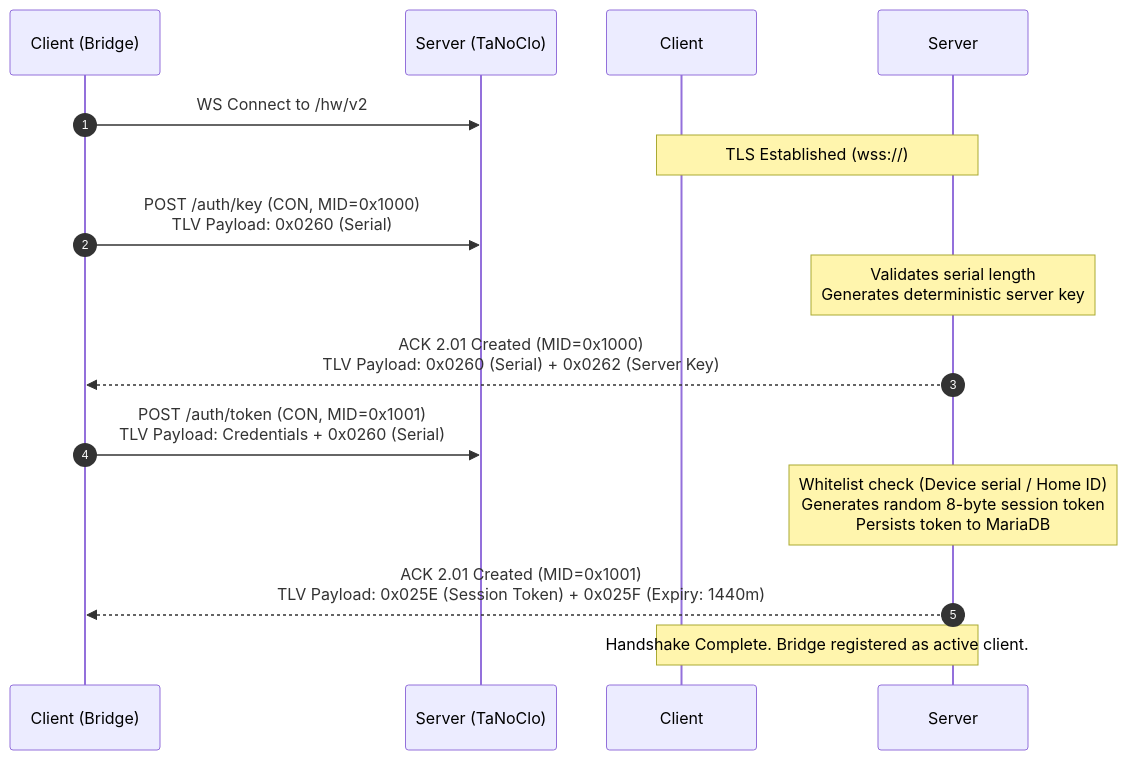
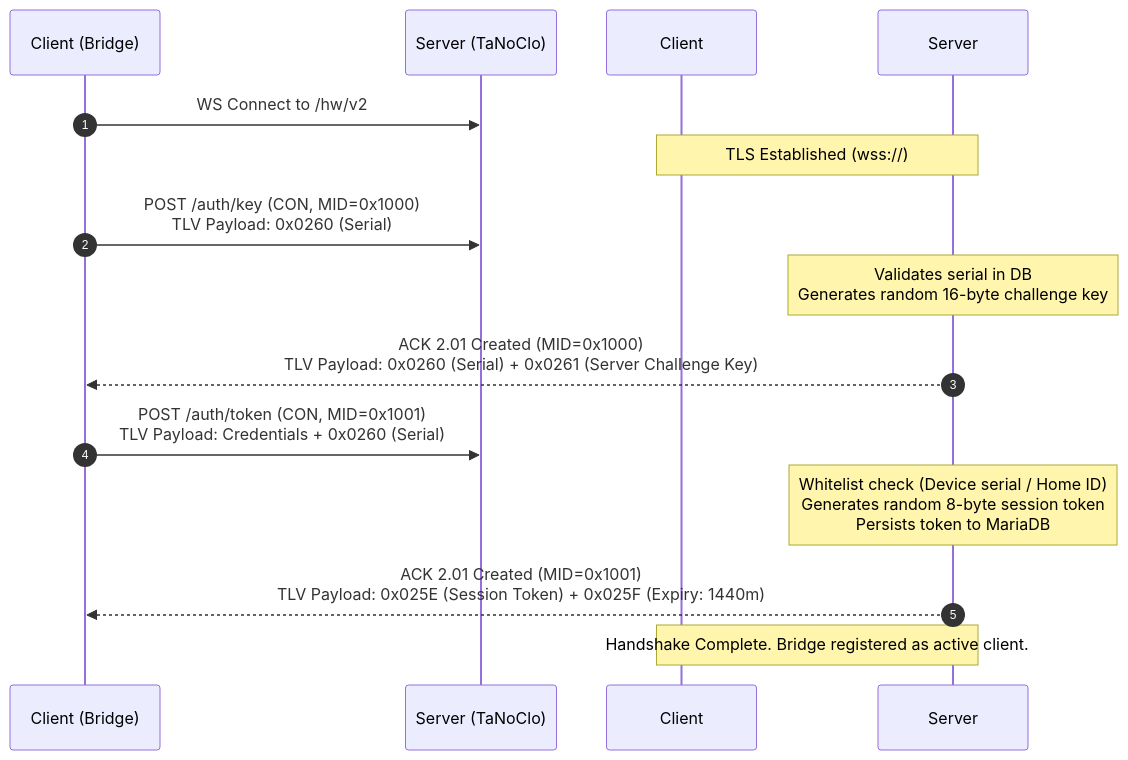
Before and after one commit to tanoclo/tanoclo: the first of 2 diagrams in docs/websocket.md, drawn with Mermaid. The commit also changed other lines of this file and 18 other files, not shown here.

````diff
--- a/docs/websocket.md
+++ b/docs/websocket.md
@@ -55,16 +50,16 @@
 ```mermaid
 sequenceDiagram
     autonumber
     Client (Bridge)->>Server (TaNoClo): WS Connect to /hw/v2
     Note over Client,Server: TLS Established (wss://)
     
     Client (Bridge)->>Server (TaNoClo): POST /auth/key (CON, MID=0x1000)<br/>TLV Payload: 0x0260 (Serial)
-    Note over Server: Validates serial length<br/>Generates deterministic server key
-    Server-->>Client (Bridge): ACK 2.01 Created (MID=0x1000)<br/>TLV Payload: 0x0260 (Serial) + 0x0262 (Server Key)
+    Note over Server: Validates serial in DB<br/>Generates random 16-byte challenge key
+    Server-->>Client (Bridge): ACK 2.01 Created (MID=0x1000)<br/>TLV Payload: 0x0260 (Serial) + 0x0261 (Server Challenge Key)
 
     Client (Bridge)->>Server (TaNoClo): POST /auth/token (CON, MID=0x1001)<br/>TLV Payload: Credentials + 0x0260 (Serial)
     Note over Server: Whitelist check (Device serial / Home ID)<br/>Generates random 8-byte session token<br/>Persists token to MariaDB
     Server-->>Client (Bridge): ACK 2.01 Created (MID=0x1001)<br/>TLV Payload: 0x025E (Session Token) + 0x025F (Expiry: 1440m)
     
     Note over Client,Server: Handshake Complete. Bridge registered as active client.
 ```
````
